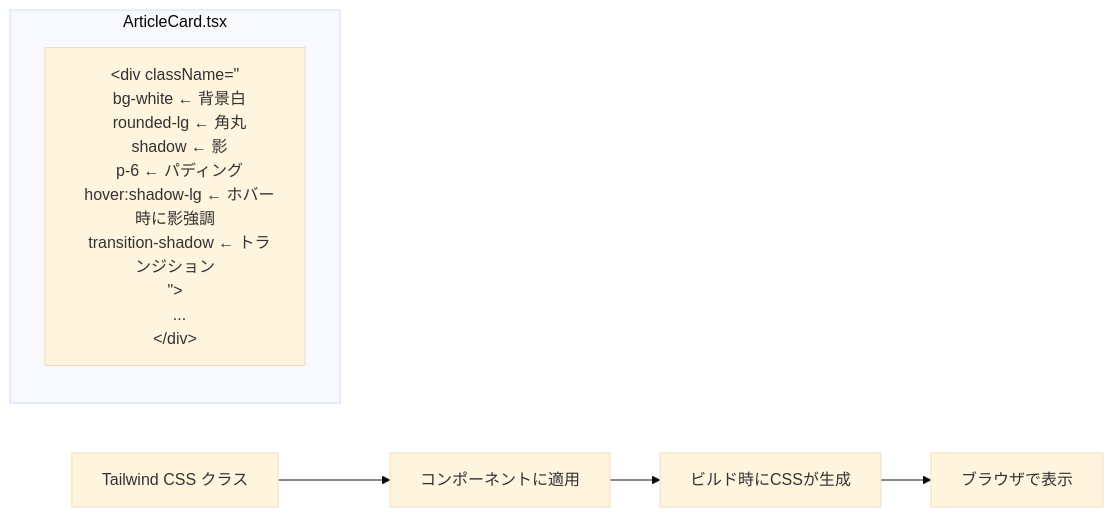
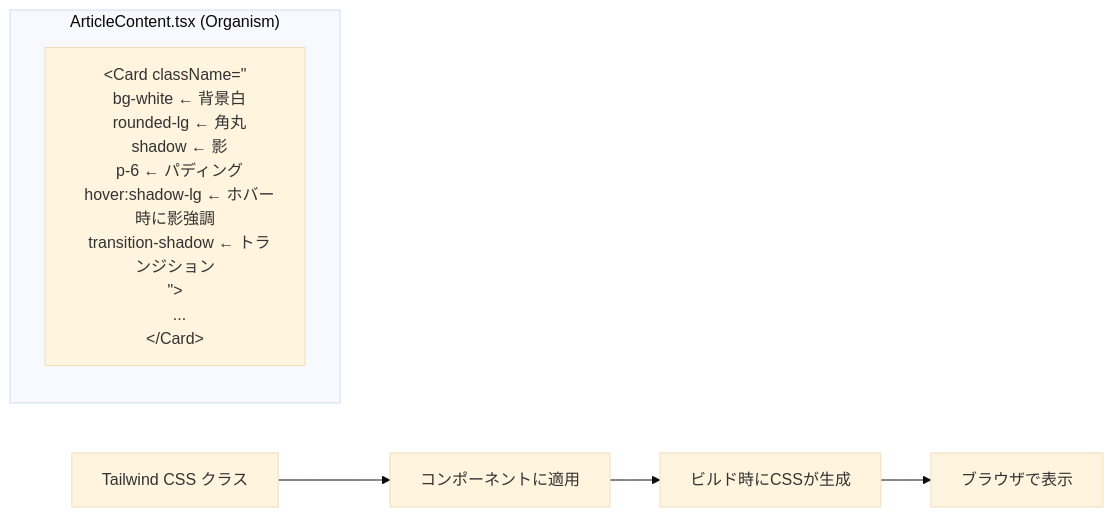
Before and after one commit to doguto/nari-note: the sixth of 7 diagrams in nari-note-frontend/docs/architecture-diagram.md, drawn with Mermaid (base theme). The commit also changed other lines of this file, not shown here.

Commit message:
Docs: architecture-diagram.mdを5層Atomic Design構造に更新

````diff
--- a/nari-note-frontend/docs/architecture-diagram.md
+++ b/nari-note-frontend/docs/architecture-diagram.md
@@ -370,15 +561,15 @@
 ```mermaid
 graph LR
     TailwindClass["Tailwind CSS クラス"]
     Component["コンポーネントに適用"]
     Build["ビルド時にCSSが生成"]
     Browser["ブラウザで表示"]
     
     TailwindClass --> Component
     Component --> Build
     Build --> Browser
     
-    subgraph Example["ArticleCard.tsx"]
-        Code["&lt;div className=&quot;<br/>  bg-white ← 背景白<br/>  rounded-lg ← 角丸<br/>  shadow ← 影<br/>  p-6 ← パディング<br/>  hover:shadow-lg ← ホバー時に影強調<br/>  transition-shadow ← トランジション<br/>&quot;&gt;<br/>  ...<br/>&lt;/div&gt;"]
+    subgraph Example["ArticleContent.tsx (Organism)"]
+        Code["&lt;Card className=&quot;<br/>  bg-white ← 背景白<br/>  rounded-lg ← 角丸<br/>  shadow ← 影<br/>  p-6 ← パディング<br/>  hover:shadow-lg ← ホバー時に影強調<br/>  transition-shadow ← トランジション<br/>&quot;&gt;<br/>  ...<br/>&lt;/Card&gt;"]
     end
 ```
````
